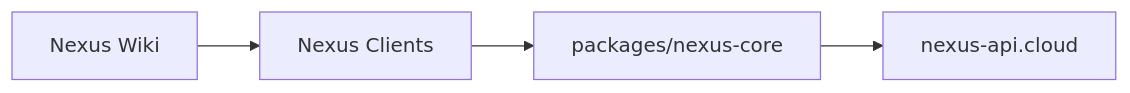
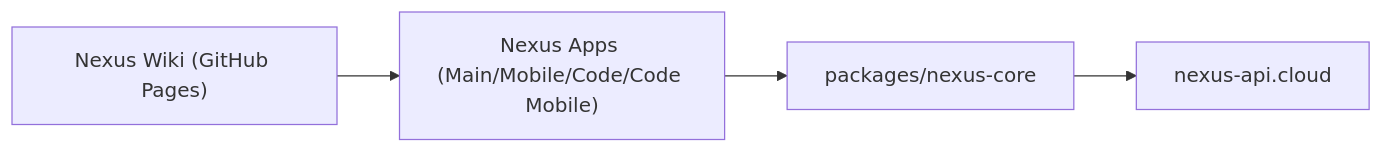
Before and after one commit to YoungJibbit95/Nexus-Ecosystem: the diagram in README.md, drawn with Mermaid. The commit also changed other lines of this file and 38 other files, not shown here.

````diff
--- a/README.md
+++ b/README.md
@@ -57,6 +100,6 @@
 ```mermaid
 flowchart LR
-A["Nexus Clients"] --> B["packages/nexus-core"]
-B --> C["nexus-api.cloud"]
-D["Nexus Wiki"] --> A
+  A["Nexus Apps (Main/Mobile/Code/Code Mobile)"] --> B["packages/nexus-core"]
+  B --> C["nexus-api.cloud"]
+  D["Nexus Wiki (GitHub Pages)"] --> A
 ```
````
